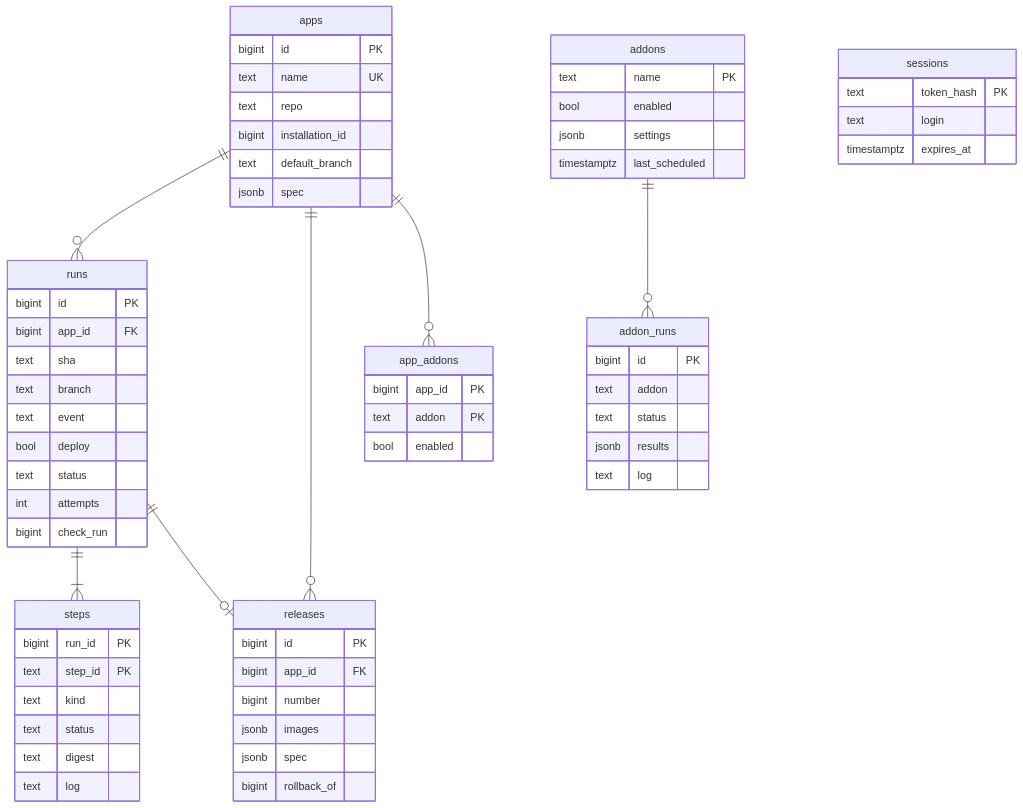
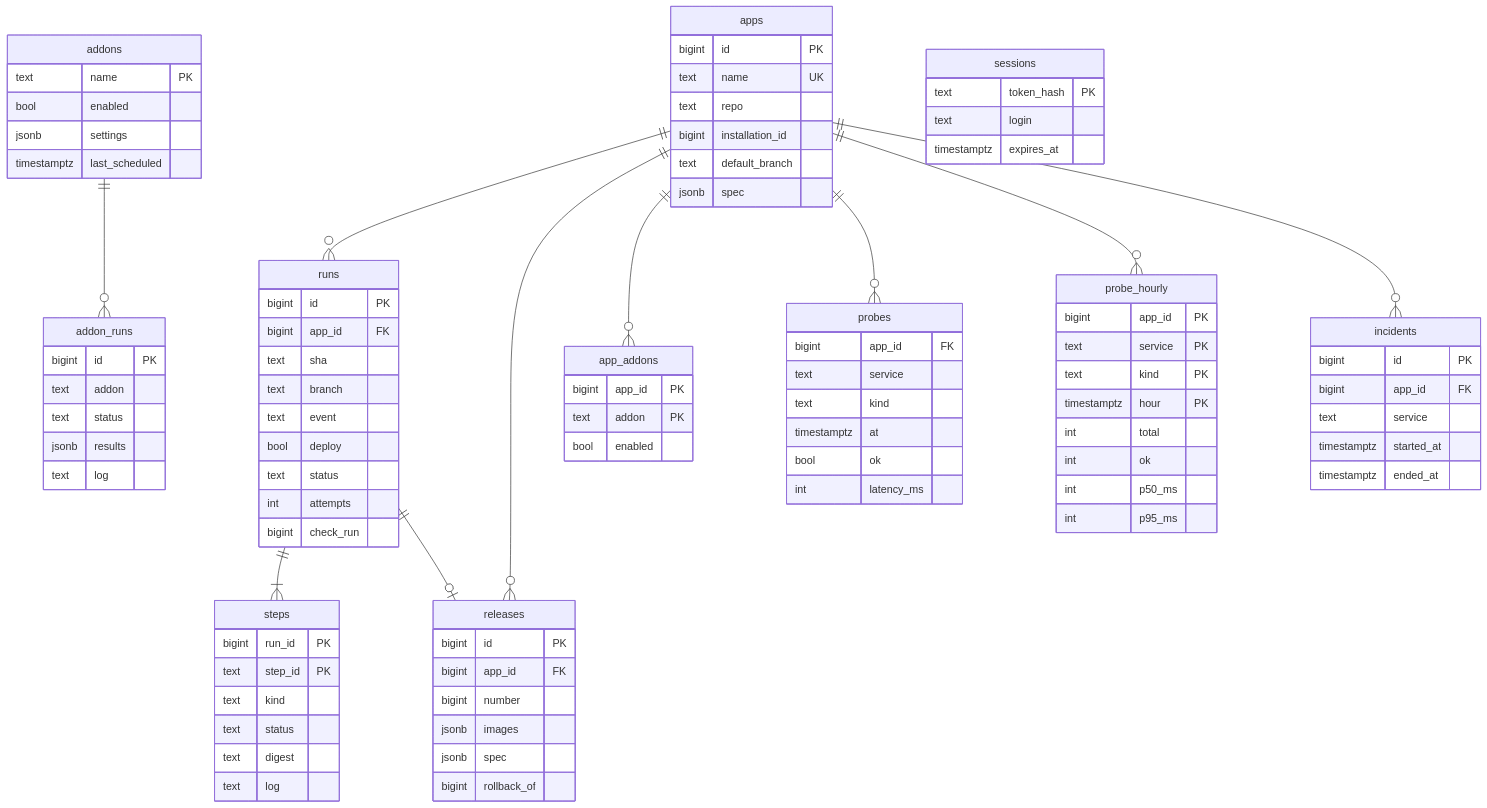
The second of 2 diagrams in docs/content/architecture/data.md (p0dxD/rendimiento.ai), drawn with Mermaid before and after one commit. The commit also changed other lines of this file and 23 other files, not shown here.

First line of the commit message:
Reliability: uptime checks of every service, charted

````diff
--- a/docs/content/architecture/data.md
+++ b/docs/content/architecture/data.md
@@ -48,6 +48,9 @@
     runs ||--o| releases : ""
     apps ||--o{ app_addons : ""
     addons ||--o{ addon_runs : ""
+    apps ||--o{ probes : ""
+    apps ||--o{ probe_hourly : ""
+    apps ||--o{ incidents : ""
     apps {
         bigint id PK
         text name UK
@@ -106,4 +109,29 @@
         text addon PK
         bool enabled
     }
+    probes {
+        bigint app_id FK
+        text service
+        text kind
+        timestamptz at
+        bool ok
+        int latency_ms
+    }
+    probe_hourly {
+        bigint app_id PK
+        text service PK
+        text kind PK
+        timestamptz hour PK
+        int total
+        int ok
+        int p50_ms
+        int p95_ms
+    }
+    incidents {
+        bigint id PK
+        bigint app_id FK
+        text service
+        timestamptz started_at
+        timestamptz ended_at
+    }
 ```
````
